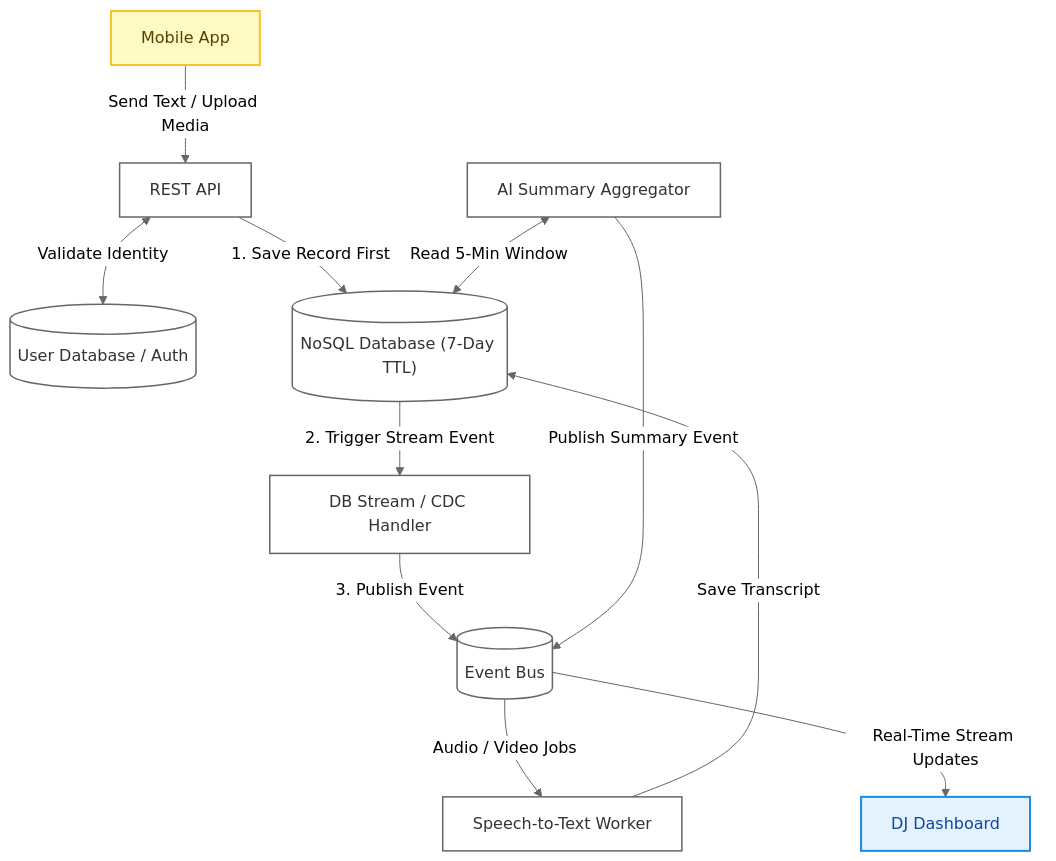
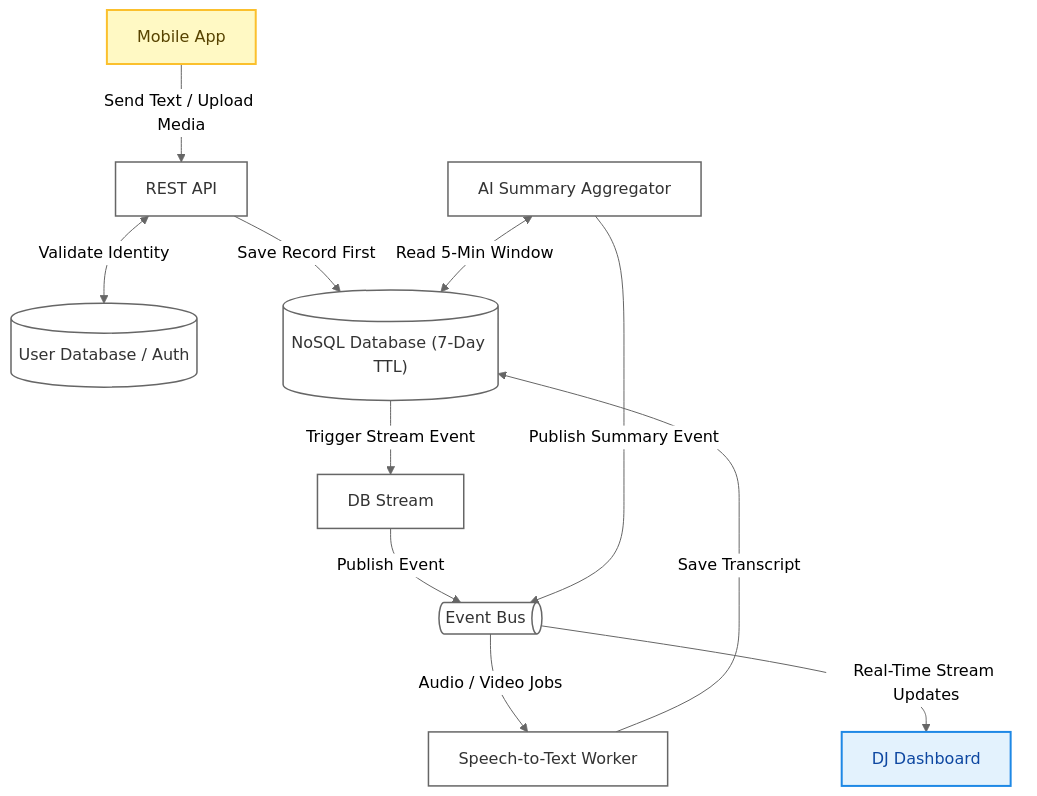
One commit to Starterware/DpgMedia changed the third of 3 diagrams in DESIGN.md. Above: the diagram before and after it, drawn with Mermaid. The commit also changed other lines of this file, not shown here.

Commit message:
[docs] design - improved event bus and db stream

````diff
--- a/DESIGN.md
+++ b/DESIGN.md
@@ -186,43 +186,43 @@
 ```mermaid
 %%{init: {'theme': 'neutral', 'themeVariables': { 'edgeLabelBackground': '#ffffff'}}}%%
 
 flowchart TD
     App["Mobile App"]
 
     API["REST API"]
     UserDB[("User Database / Auth")]
     DB[("NoSQL Database (7-Day TTL)")]
-    CDC["DB Stream / CDC Handler"]
-    Broker[("Event Bus")]
+    CDC["DB Stream"]
+    Broker@{ shape: das, label: "Event Bus" }
 
     STT["Speech-to-Text Worker"]
     LLM_Sum["AI Summary Aggregator"]
 
     DJ["DJ Dashboard"]
 
     App -->|"Send Text / Upload Media"| API
     API <-->|"Validate Identity"| UserDB
-    API -->|"1. Save Record First"| DB
+    API -->|"Save Record First"| DB
 
-    DB -->|"2. Trigger Stream Event"| CDC
-    CDC -->|"3. Publish Event"| Broker
+    DB -->|"Trigger Stream Event"| CDC
+    CDC -->|"Publish Event"| Broker
 
     Broker -->|"Audio / Video Jobs"| STT
     
     STT -->|"Save Transcript"| DB
 
     LLM_Sum <-->|"Read 5-Min Window"| DB
     LLM_Sum -->|"Publish Summary Event"| Broker
 
     Broker -->|"Real-Time Stream Updates"| DJ
 
     %% Color Styling Definitions
     classDef yellowNode fill:#fff9c4,stroke:#fbc02d,stroke-width:2px,color:#574300;
     classDef blueNode fill:#e3f2fd,stroke:#1e88e5,stroke-width:2px,color:#0d47a1;
     classDef defaultNode fill:#ffffff,stroke:#666666,stroke-width:1.5px,color:#333333;
 
     %% Class Assignments
     class App yellowNode;
     class DJ blueNode;
     class API,UserDB,DB,CDC,Broker,STT,LLM_Sum defaultNode;
 ```
````
